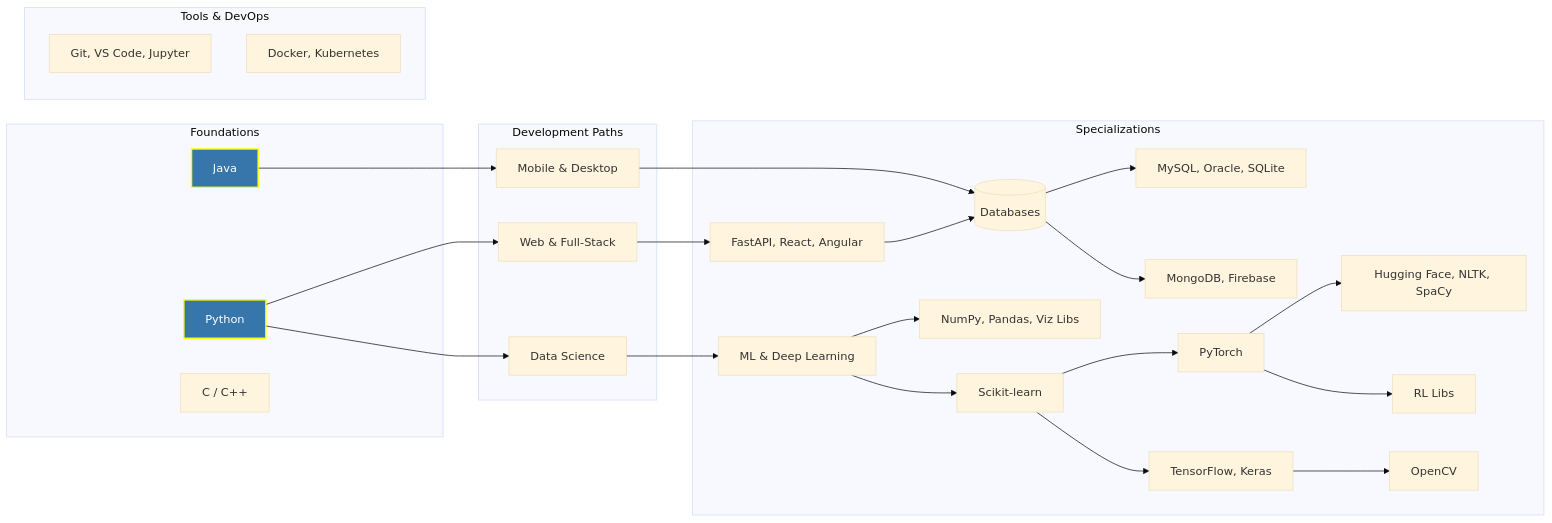
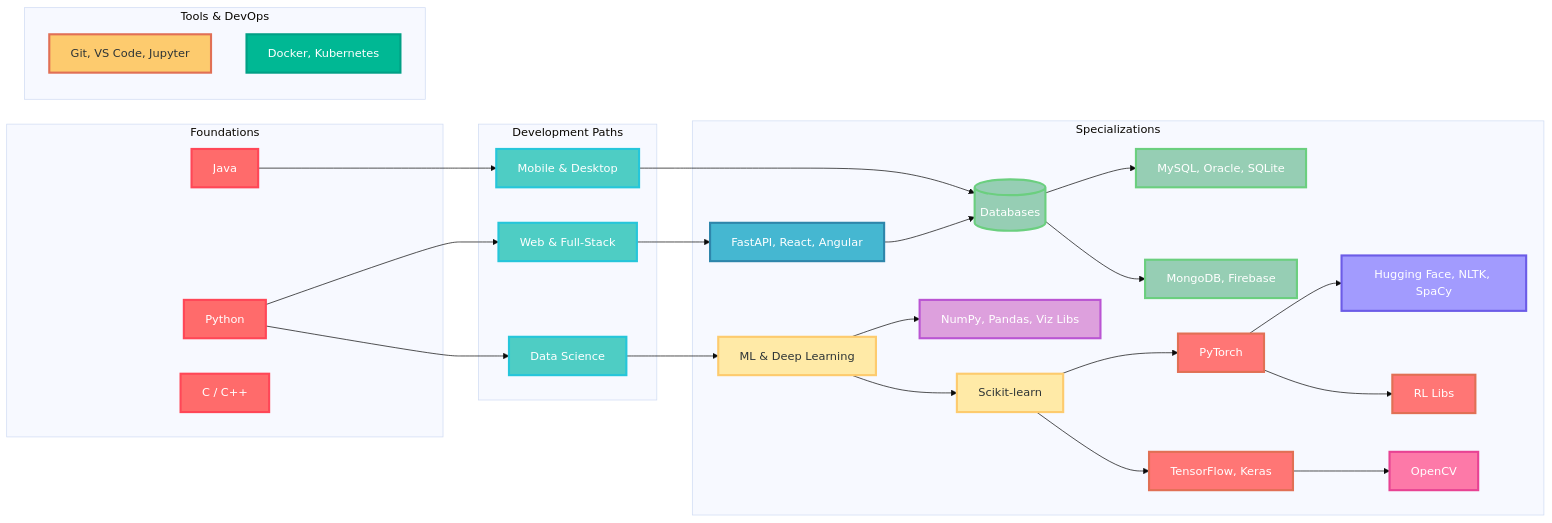
The diagram in README.md (chinmayee-s-r/chinmayee-s-r), drawn with Mermaid (base theme) before and after one commit.

Commit message:
Colourful boxes in mermaid.md

````diff
--- a/README.md
+++ b/README.md
@@ -19,53 +19,63 @@
 ```mermaid
 graph LR
     subgraph "Foundations"
-        P[Python]:::core
-        J[Java]:::core
-        C[C / C++]
+        P[Python]:::foundation
+        J[Java]:::foundation
+        C[C / C++]:::foundation
     end
     
     subgraph "Development Paths"
-        Web[Web & Full-Stack]
-        DS[Data Science]
-        Mobile[Mobile & Desktop]
+        Web[Web & Full-Stack]:::devpath
+        DS[Data Science]:::devpath
+        Mobile[Mobile & Desktop]:::devpath
     end
     
     subgraph "Specializations"
-        FAPI[FastAPI, React, Angular]
-        DB[(Databases)]
-        SQL[MySQL, Oracle, SQLite]
-        NoSQL[MongoDB, Firebase]
-        ML[ML & Deep Learning]
-        VIZ[NumPy, Pandas, Viz Libs]
-        SKL[Scikit-learn]
-        PT[PyTorch]
-        TF[TensorFlow, Keras]
-        NLP[Hugging Face, NLTK, SpaCy]
-        RL[RL Libs]
-        CV[OpenCV]
+        FAPI[FastAPI, React, Angular]:::frontend
+        DB[(Databases)]:::database
+        SQL[MySQL, Oracle, SQLite]:::database
+        NoSQL[MongoDB, Firebase]:::database
+        ML[ML & Deep Learning]:::ml
+        VIZ[NumPy, Pandas, Viz Libs]:::data
+        SKL[Scikit-learn]:::ml
+        PT[PyTorch]:::deeplearning
+        TF[TensorFlow, Keras]:::deeplearning
+        NLP[Hugging Face, NLTK, SpaCy]:::nlp
+        RL[RL Libs]:::deeplearning
+        CV[OpenCV]:::computerVision
     end
     
     subgraph "Tools & DevOps"
-        GIT[Git, VS Code, Jupyter]
-        DEP[Docker, Kubernetes]
+        GIT[Git, VS Code, Jupyter]:::tools
+        DEP[Docker, Kubernetes]:::devops
     end
     
     P --> Web
     P --> DS
     J --> Mobile
     Web --> FAPI
     Mobile --> DB
     FAPI --> DB
     DB --> SQL
     DB --> NoSQL
     DS --> ML
     ML --> VIZ
     ML --> SKL
     SKL --> PT
     SKL --> TF
     PT --> NLP
     PT --> RL
     TF --> CV
     
-    classDef core fill:#3776AB,color:#fff,stroke-width:2px,stroke:yellow
+    classDef foundation fill:#FF6B6B,color:#fff,stroke:#FF4757,stroke-width:3px
+    classDef devpath fill:#4ECDC4,color:#fff,stroke:#26C6DA,stroke-width:3px
+    classDef frontend fill:#45B7D1,color:#fff,stroke:#2E86AB,stroke-width:3px
+    classDef database fill:#96CEB4,color:#fff,stroke:#6BCF7F,stroke-width:3px
+    classDef ml fill:#FFEAA7,color:#2D3436,stroke:#FDCB6E,stroke-width:3px
+    classDef data fill:#DDA0DD,color:#fff,stroke:#BA55D3,stroke-width:3px
+    classDef deeplearning fill:#FF7675,color:#fff,stroke:#E17055,stroke-width:3px
+    classDef nlp fill:#A29BFE,color:#fff,stroke:#6C5CE7,stroke-width:3px
+    classDef computerVision fill:#FD79A8,color:#fff,stroke:#E84393,stroke-width:3px
+    classDef tools fill:#FDCB6E,color:#2D3436,stroke:#E17055,stroke-width:3px
+    classDef devops fill:#00B894,color:#fff,stroke:#00A085,stroke-width:3px
 ```
````
